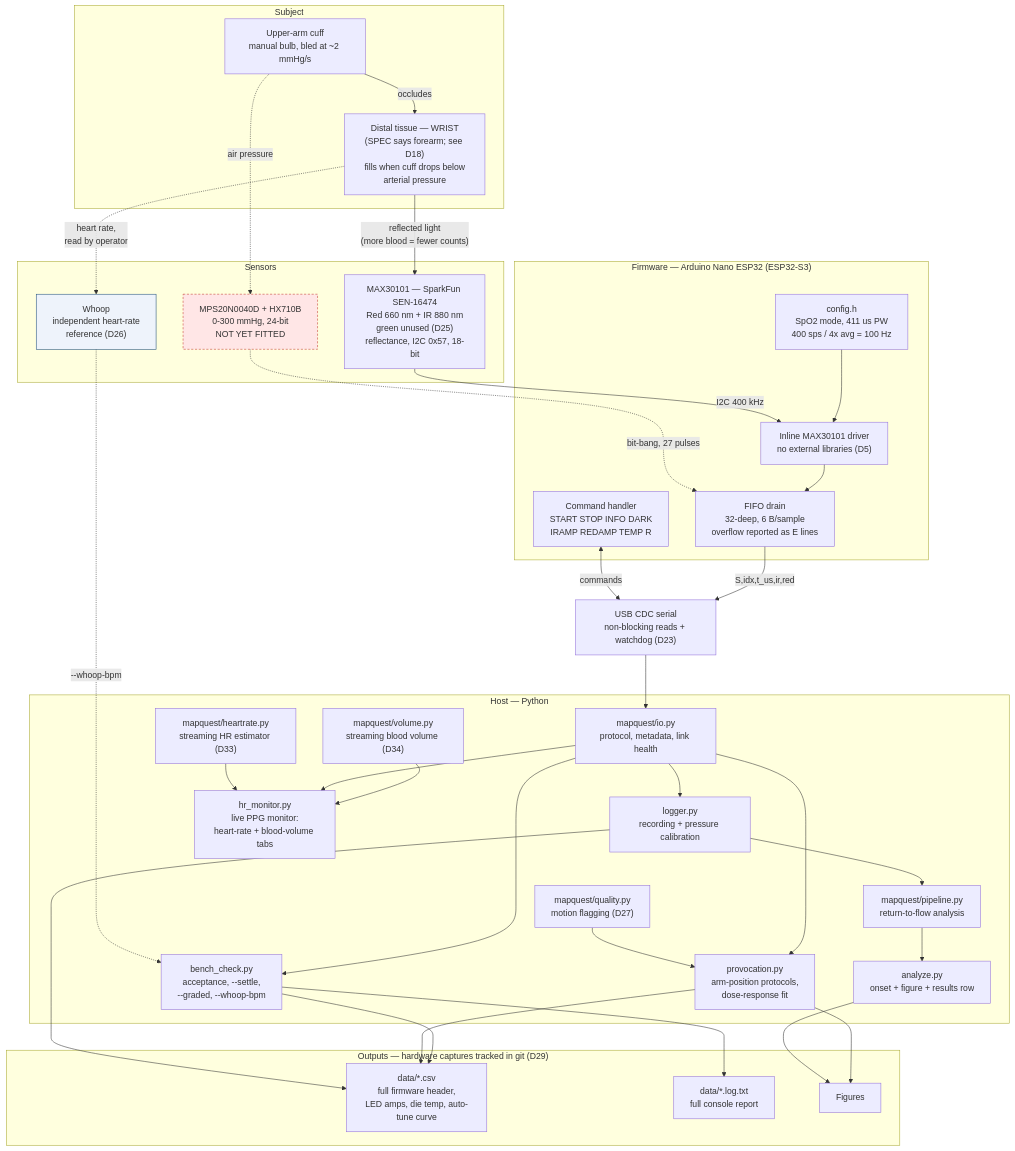
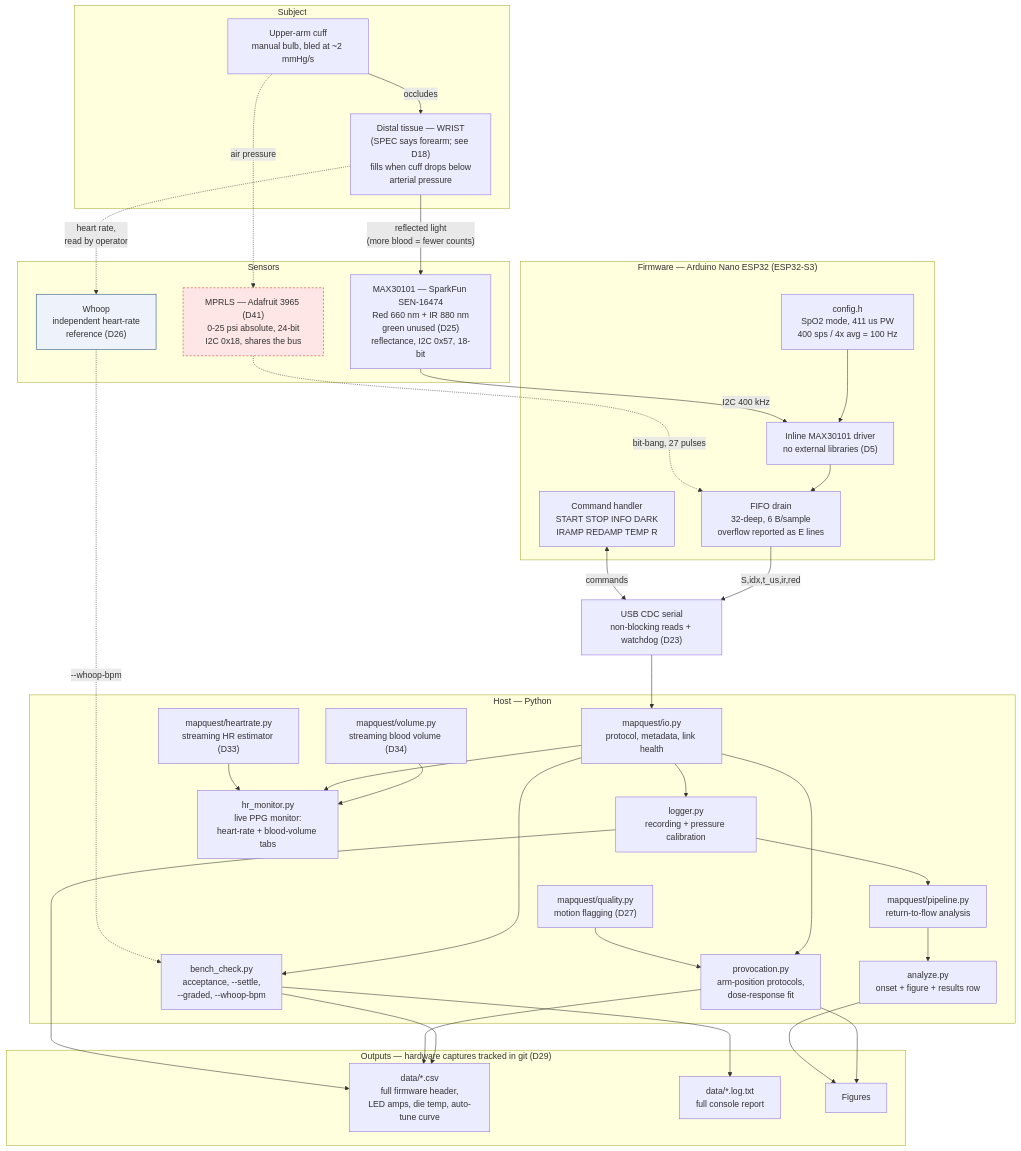
Before and after one commit to akkhilmorkonda/MAPQuest_PPG: the first of 9 diagrams in docs/architecture.md, drawn with Mermaid. The commit also changed other lines of this file and 10 other files, not shown here.

````diff
--- a/docs/architecture.md
+++ b/docs/architecture.md
@@ -14,76 +14,76 @@
 ```mermaid
 flowchart TD
     subgraph SUBJECT["Subject"]
         CUFF["Upper-arm cuff<br/>manual bulb, bled at ~2 mmHg/s"]
         TISSUE["Distal tissue — WRIST<br/>(SPEC says forearm; see D18)<br/>fills when cuff drops below<br/>arterial pressure"]
         CUFF -->|occludes| TISSUE
     end
 
     subgraph SENSORS["Sensors"]
         MAX["MAX30101 — SparkFun SEN-16474<br/>Red 660 nm + IR 880 nm<br/>green unused (D25)<br/>reflectance, I2C 0x57, 18-bit"]
-        HX["MPS20N0040D + HX710B<br/>0-300 mmHg, 24-bit<br/>NOT YET FITTED"]
+        HX["MPRLS — Adafruit 3965 (D41)<br/>0-25 psi absolute, 24-bit<br/>I2C 0x18, shares the bus"]
         WHOOP["Whoop<br/>independent heart-rate<br/>reference (D26)"]
     end
 
     TISSUE -->|"reflected light<br/>(more blood = fewer counts)"| MAX
     CUFF -.->|air pressure| HX
     TISSUE -.->|"heart rate,<br/>read by operator"| WHOOP
 
     subgraph FW["Firmware — Arduino Nano ESP32 (ESP32-S3)"]
         CFG["config.h<br/>SpO2 mode, 411 us PW<br/>400 sps / 4x avg = 100 Hz"]
         DRV["Inline MAX30101 driver<br/>no external libraries (D5)"]
         FIFO["FIFO drain<br/>32-deep, 6 B/sample<br/>overflow reported as E lines"]
         CMD["Command handler<br/>START STOP INFO DARK<br/>IRAMP REDAMP TEMP R"]
         CFG --> DRV --> FIFO
     end
 
     MAX -->|I2C 400 kHz| DRV
     HX -.->|"bit-bang, 27 pulses"| FIFO
 
     FIFO -->|"S,idx,t_us,ir,red"| LINK
     CMD <-->|commands| LINK
     LINK["USB CDC serial<br/>non-blocking reads + watchdog (D23)"]
 
     subgraph HOST["Host — Python"]
         IO["mapquest/io.py<br/>protocol, metadata, link health"]
         QUAL["mapquest/quality.py<br/>motion flagging (D27)"]
         BENCH["bench_check.py<br/>acceptance, --settle,<br/>--graded, --whoop-bpm"]
         PROV["provocation.py<br/>arm-position protocols,<br/>dose-response fit"]
         LOG["logger.py<br/>recording + pressure calibration"]
         PIPE["mapquest/pipeline.py<br/>return-to-flow analysis"]
         ANA["analyze.py<br/>onset + figure + results row"]
         HRE["mapquest/heartrate.py<br/>streaming HR estimator (D33)"]
         HRM["hr_monitor.py<br/>live PPG monitor:<br/>heart-rate + blood-volume tabs"]
         VOLT["mapquest/volume.py<br/>streaming blood volume (D34)"]
         VOLT --> HRM
         IO --> BENCH
         IO --> PROV
         IO --> LOG
         IO --> HRM
         HRE --> HRM
         QUAL --> PROV
         LOG --> PIPE
         PIPE --> ANA
     end
 
     LINK --> IO
     WHOOP -.->|"--whoop-bpm"| BENCH
 
     subgraph OUT["Outputs — hardware captures tracked in git (D29)"]
         CSV["data/*.csv<br/>full firmware header,<br/>LED amps, die temp, auto-tune curve"]
         LOGS["data/*.log.txt<br/>full console report"]
         PNG["Figures"]
     end
 
     BENCH --> CSV
     BENCH --> LOGS
     PROV --> CSV
     PROV --> PNG
     LOG --> CSV
     ANA --> PNG
 
     classDef missing fill:#ffe6e6,stroke:#c43b2f,stroke-dasharray:4 3
     classDef external fill:#eef3fb,stroke:#1f4e79
     class HX missing
     class WHOOP external
 ```
````
